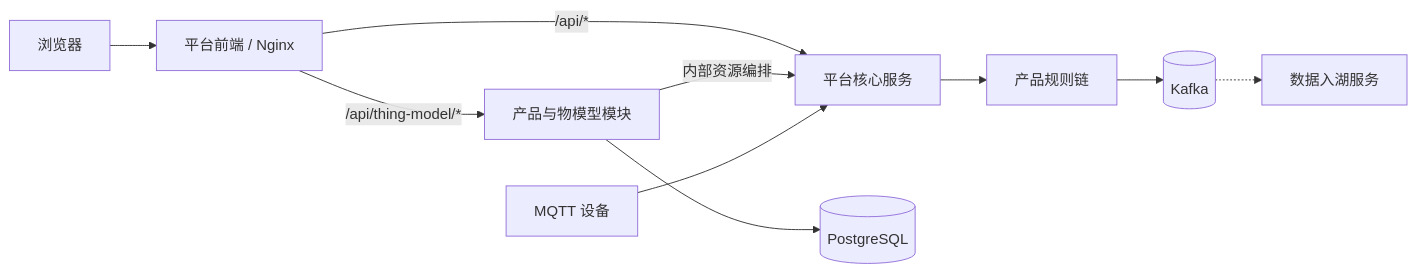
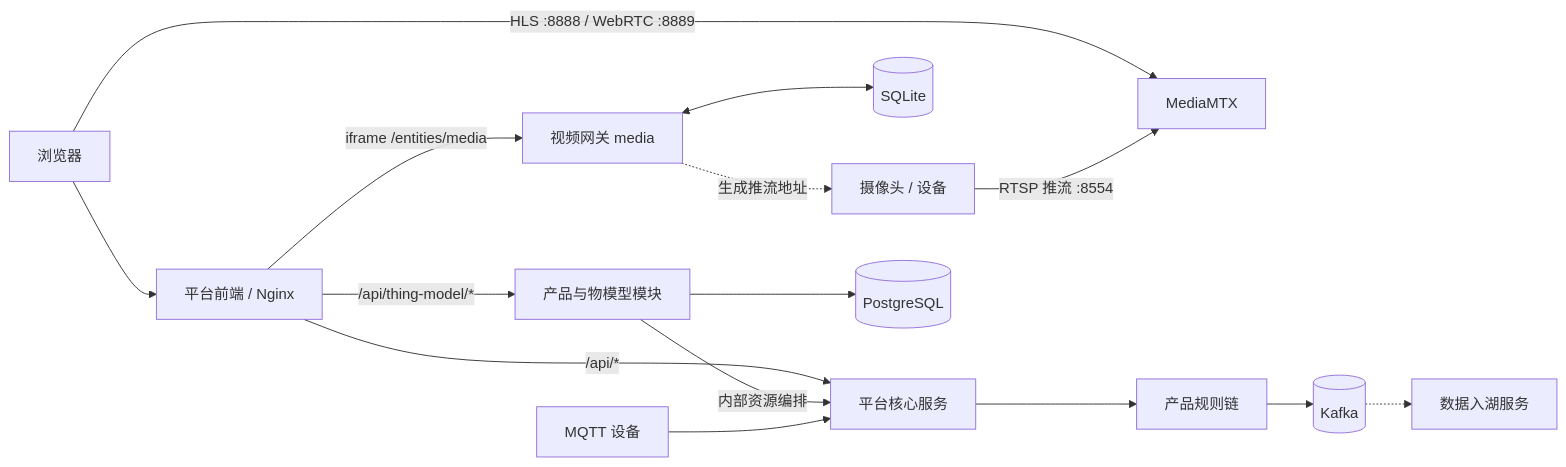
Before and after one commit to beancookie/thingsboard: the diagram in docs/02-架构与数据模型.md, drawn with Mermaid. The commit also changed other lines of this file and 115 other files, not shown here.

````diff
--- a/docs/02-架构与数据模型.md
+++ b/docs/02-架构与数据模型.md
@@ -7,12 +7,17 @@
 ```mermaid
 flowchart LR
   B["浏览器"] --> UI["平台前端 / Nginx"]
   UI -->|"/api/thing-model/*"| PM["产品与物模型模块"]
   UI -->|"/api/*"| CORE["平台核心服务"]
+  UI -->|"iframe /entities/media"| MEDIA["视频网关 media"]
+  MEDIA <--> MDB[("SQLite")]
+  B -->|"HLS :8888 / WebRTC :8889"| MTX["MediaMTX"]
+  CAM["摄像头 / 设备"] -->|"RTSP 推流 :8554"| MTX
+  MEDIA -.->|"生成推流地址"| CAM
   PM -->|"内部资源编排"| CORE
   PM --> PG[("PostgreSQL")]
   CORE --> RC["产品规则链"]
   RC --> K[("Kafka")]
   K -.-> ING["数据入湖服务"]
   DEV["MQTT 设备"] --> CORE
 ```
````
